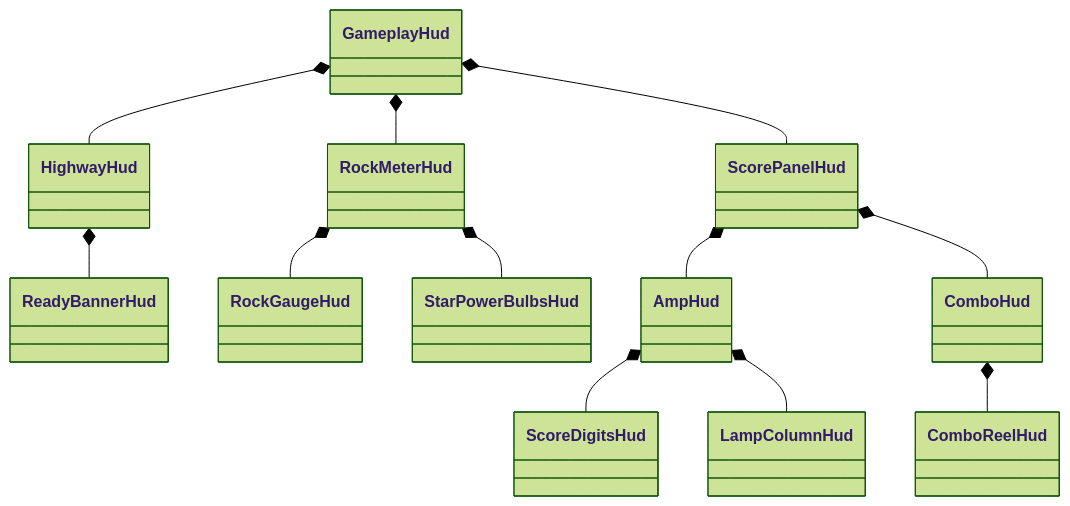
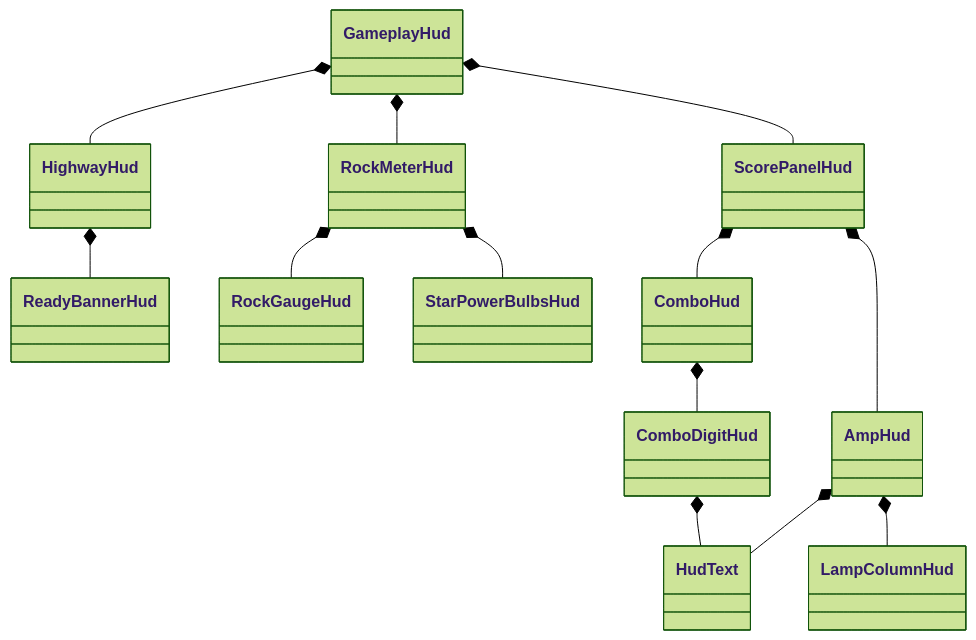
One commit to heditwo/gh3-clonehero-skin changed the diagram in docs/HUD-COMPONENTS.md. Above: the diagram before and after it, drawn with Mermaid (forest theme). The commit also changed other lines of this file and 128 other files, not shown here.

Commit message:
Draw score and note-streak digits from GH3 fonts with GH3's text layout

````diff
--- a/docs/HUD-COMPONENTS.md
+++ b/docs/HUD-COMPONENTS.md
@@ -5,14 +5,15 @@
 ```mermaid
 classDiagram
     GameplayHud *-- HighwayHud
     GameplayHud *-- RockMeterHud
     GameplayHud *-- ScorePanelHud
     HighwayHud *-- ReadyBannerHud
     RockMeterHud *-- RockGaugeHud
     RockMeterHud *-- StarPowerBulbsHud
     ScorePanelHud *-- AmpHud
     ScorePanelHud *-- ComboHud
-    AmpHud *-- ScoreDigitsHud
+    AmpHud *-- HudText
     AmpHud *-- LampColumnHud
-    ComboHud *-- ComboReelHud
+    ComboHud *-- ComboDigitHud
+    ComboDigitHud *-- HudText
 ```
````
